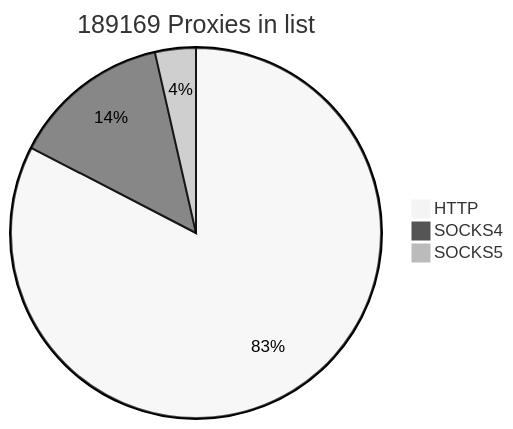
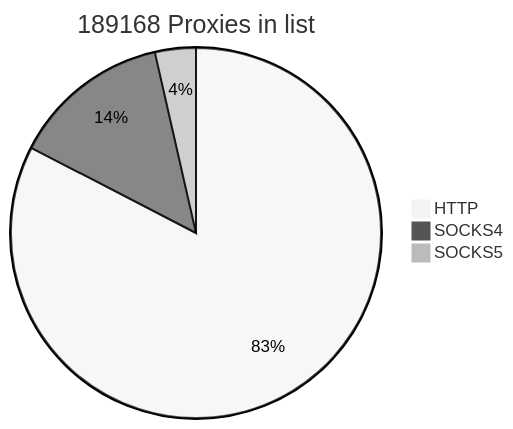
The first of 2 diagrams in README.md (cutipu/proxylist), drawn with Mermaid (neutral theme) before and after one commit. The commit also changed other lines of this file, not shown here.

````diff
--- a/README.md
+++ b/README.md
@@ -9,7 +9,7 @@
 ```mermaid
-pie title 189169 Proxies in list
-    "HTTP" : 156247
+pie title 189168 Proxies in list
+    "HTTP" : 156246
     "SOCKS4" : 26179
     "SOCKS5" : 6743
             
 ```
````
